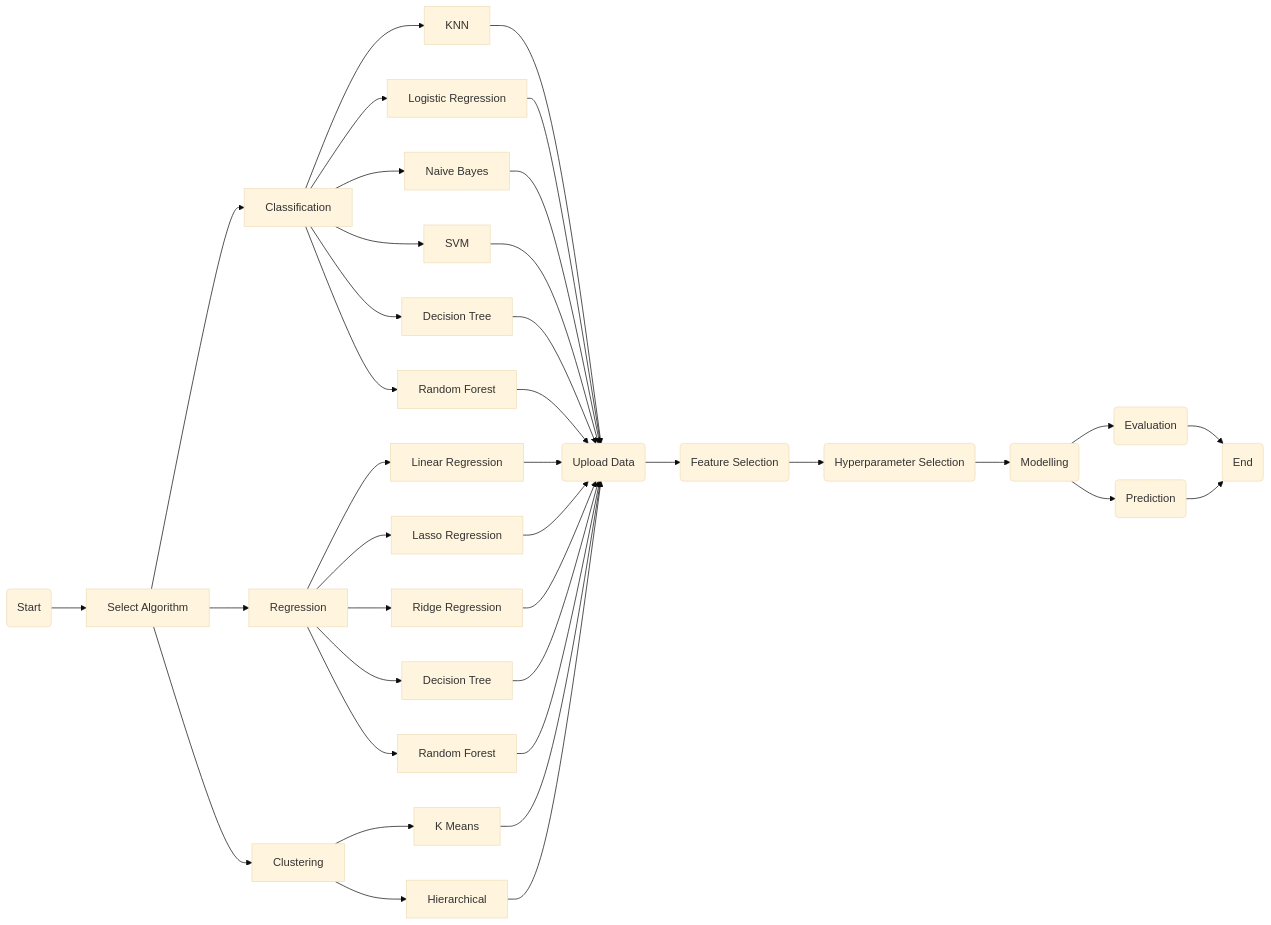
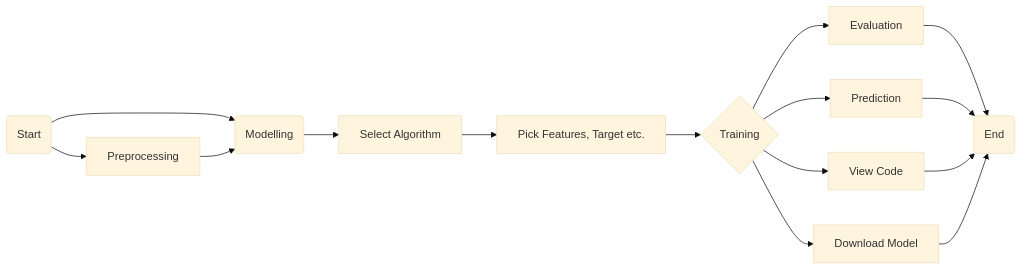
One commit to akshay-rajan/expertsystem changed the diagram in README.md. Above: the diagram before and after it, drawn with Mermaid (base theme). The commit also changed other lines of this file, not shown here.

Commit message:
Update flow chart

````diff
--- a/README.md
+++ b/README.md
@@ -27,45 +27,19 @@
 ```mermaid
 flowchart LR
-    A(Start) --> B[Select Algorithm]
-    B --> C1[Classification]
-    B --> C2[Regression]
-    B --> C3[Clustering]
+    A(Start) --> B[Preprocessing]
 
-    C1 --> D0[KNN]
-    C1 --> D1[Logistic Regression]
-    C1 --> D2[Naive Bayes]
-    C1 --> D3[SVM]
-    C1 --> D4[Decision Tree]
-    C1 --> D5[Random Forest]
+    A --> D(Modelling)
+    B --> D
+    D --> E[Select Algorithm]
+    E --> F[Pick Features, Target etc.]
+    F --> G{Training}
+    G --> H[Evaluation]
+    G --> I[Prediction]
+    G --> J[View Code]
+    G --> K[Download Model]
 
-    C2 --> D6[Linear Regression]
-    C2 --> D7[Lasso Regression]
-    C2 --> D8[Ridge Regression]
-    C2 --> D9[Decision Tree]
-    C2 --> D10[Random Forest]
-
-    C3 --> D11[K Means]
-    C3 --> D12[Hierarchical]
-
-    D0 --> E(Upload Data)
-    D1 --> E(Upload Data)
-    D2 --> E(Upload Data)
-    D3 --> E(Upload Data)
-    D4 --> E(Upload Data)
-    D5 --> E(Upload Data)
-    D6 --> E(Upload Data)
-    D7 --> E(Upload Data)
-    D8 --> E(Upload Data)
-    D9 --> E(Upload Data)
-    D10 --> E(Upload Data)
-    D11 --> E(Upload Data)
-    D12 --> E(Upload Data)
-
-    E --> F(Feature Selection)
-    F --> G(Hyperparameter Selection)
-    G --> H(Modelling)
-    H --> I(Evaluation)
-    H --> J(Prediction)
-    I --> K(End)
-    J --> K(End)
+    H --> Z(End)
+    I --> Z
+    J --> Z
+    K --> Z    
 ```
````
